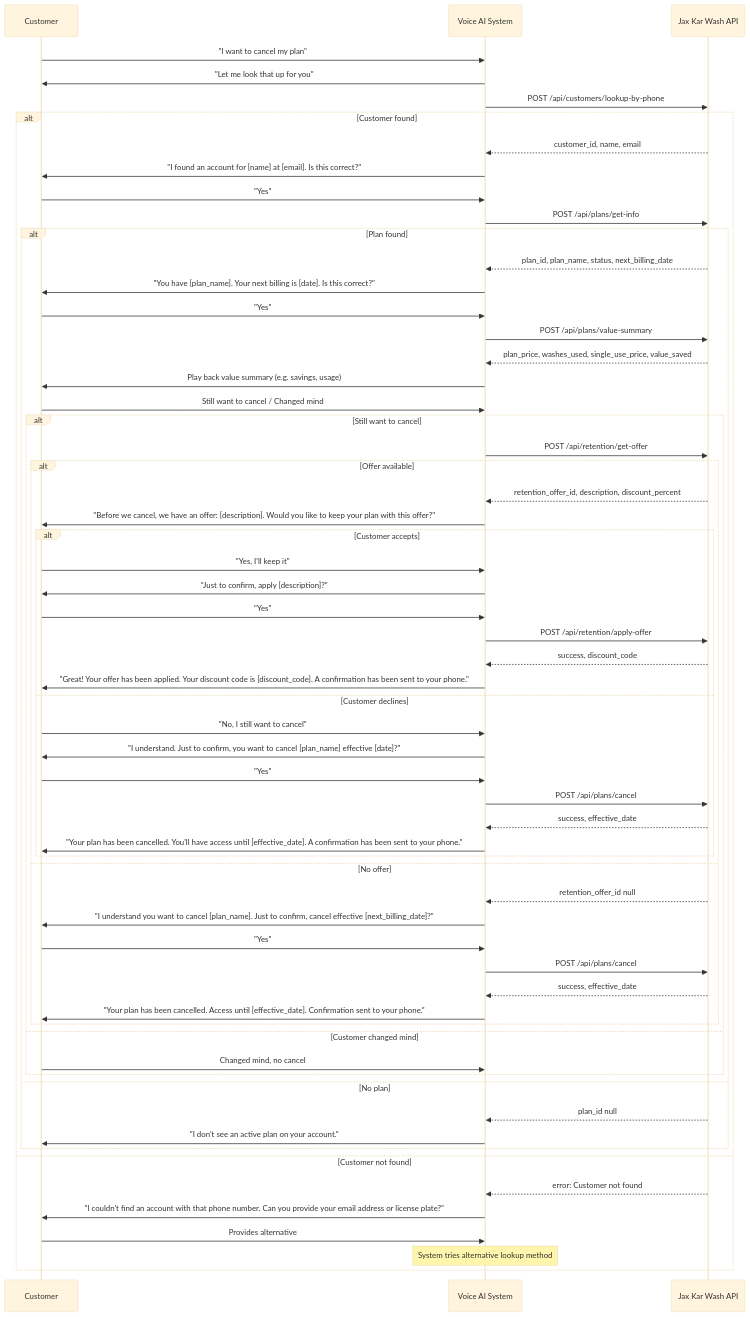
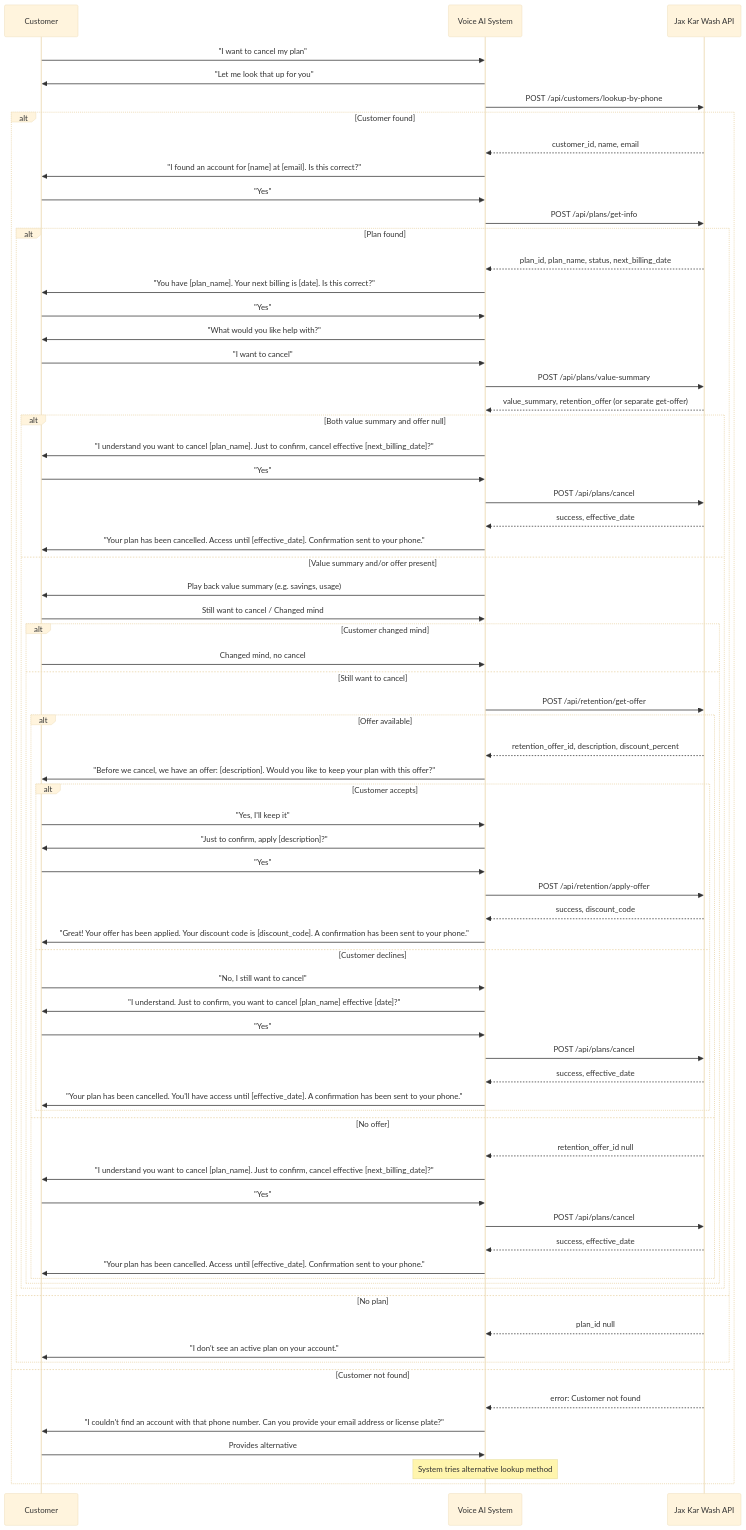
One commit to HelloWash/Public changed the seventh of 11 diagrams in Jax-Kar-Wash-API-Integration–Discussion-Document.md. Above: the diagram before and after it, drawn with Mermaid (base theme). The commit also changed other lines of this file, not shown here.

First line of the commit message:
Refine cancellation flow with value summary and offers

````diff
--- a/Jax-Kar-Wash-API-Integration–Discussion-Document.md
+++ b/Jax-Kar-Wash-API-Integration–Discussion-Document.md
@@ -796,64 +866,74 @@
 ```mermaid
 sequenceDiagram
     participant Customer
     participant System as Voice AI System
     participant API as Jax Kar Wash API
 
     Customer->>System: "I want to cancel my plan"
     System->>Customer: "Let me look that up for you"
     System->>API: POST /api/customers/lookup-by-phone
     alt Customer found
         API-->>System: customer_id, name, email
         System->>Customer: "I found an account for [name] at [email]. Is this correct?"
         Customer->>System: "Yes"
         System->>API: POST /api/plans/get-info
         alt Plan found
             API-->>System: plan_id, plan_name, status, next_billing_date
             System->>Customer: "You have [plan_name]. Your next billing is [date]. Is this correct?"
             Customer->>System: "Yes"
+            System->>Customer: "What would you like help with?"
+            Customer->>System: "I want to cancel"
             System->>API: POST /api/plans/value-summary
-            API-->>System: plan_price, washes_used, single_use_price, value_saved
-            System->>Customer: Play back value summary (e.g. savings, usage)
-            Customer->>System: Still want to cancel / Changed mind
-            alt Still want to cancel
-            System->>API: POST /api/retention/get-offer
-            alt Offer available
-                API-->>System: retention_offer_id, description, discount_percent
-                System->>Customer: "Before we cancel, we have an offer: [description]. Would you like to keep your plan with this offer?"
-                alt Customer accepts
-                    Customer->>System: "Yes, I'll keep it"
-                    System->>Customer: "Just to confirm, apply [description]?"
-                    Customer->>System: "Yes"
-                    System->>API: POST /api/retention/apply-offer
-                    API-->>System: success, discount_code
-                    System->>Customer: "Great! Your offer has been applied. Your discount code is [discount_code]. A confirmation has been sent to your phone."
-                else Customer declines
-                    Customer->>System: "No, I still want to cancel"
-                    System->>Customer: "I understand. Just to confirm, you want to cancel [plan_name] effective [date]?"
-                    Customer->>System: "Yes"
-                    System->>API: POST /api/plans/cancel
-                    API-->>System: success, effective_date
-                    System->>Customer: "Your plan has been cancelled. You'll have access until [effective_date]. A confirmation has been sent to your phone."
-                end
-            else No offer
-                API-->>System: retention_offer_id null
+            API-->>System: value_summary, retention_offer (or separate get-offer)
+            alt Both value summary and offer null
                 System->>Customer: "I understand you want to cancel [plan_name]. Just to confirm, cancel effective [next_billing_date]?"
                 Customer->>System: "Yes"
                 System->>API: POST /api/plans/cancel
                 API-->>System: success, effective_date
                 System->>Customer: "Your plan has been cancelled. Access until [effective_date]. Confirmation sent to your phone."
-            end
-            else Customer changed mind
-                Customer->>System: Changed mind, no cancel
+            else Value summary and/or offer present
+                System->>Customer: Play back value summary (e.g. savings, usage)
+                Customer->>System: Still want to cancel / Changed mind
+                alt Customer changed mind
+                    Customer->>System: Changed mind, no cancel
+                else Still want to cancel
+                    System->>API: POST /api/retention/get-offer
+                    alt Offer available
+                        API-->>System: retention_offer_id, description, discount_percent
+                        System->>Customer: "Before we cancel, we have an offer: [description]. Would you like to keep your plan with this offer?"
+                        alt Customer accepts
+                            Customer->>System: "Yes, I'll keep it"
+                            System->>Customer: "Just to confirm, apply [description]?"
+                            Customer->>System: "Yes"
+                            System->>API: POST /api/retention/apply-offer
+                            API-->>System: success, discount_code
+                            System->>Customer: "Great! Your offer has been applied. Your discount code is [discount_code]. A confirmation has been sent to your phone."
+                        else Customer declines
+                            Customer->>System: "No, I still want to cancel"
+                            System->>Customer: "I understand. Just to confirm, you want to cancel [plan_name] effective [date]?"
+                            Customer->>System: "Yes"
+                            System->>API: POST /api/plans/cancel
+                            API-->>System: success, effective_date
+                            System->>Customer: "Your plan has been cancelled. You'll have access until [effective_date]. A confirmation has been sent to your phone."
+                        end
+                    else No offer
+                        API-->>System: retention_offer_id null
+                        System->>Customer: "I understand you want to cancel [plan_name]. Just to confirm, cancel effective [next_billing_date]?"
+                        Customer->>System: "Yes"
+                        System->>API: POST /api/plans/cancel
+                        API-->>System: success, effective_date
+                        System->>Customer: "Your plan has been cancelled. Access until [effective_date]. Confirmation sent to your phone."
+                    end
+                end
             end
         else No plan
             API-->>System: plan_id null
             System->>Customer: "I don't see an active plan on your account."
         end
     else Customer not found
         API-->>System: error: Customer not found
         System->>Customer: "I couldn't find an account with that phone number. Can you provide your email address or license plate?"
         Customer->>System: Provides alternative
         Note over System: System tries alternative lookup method
     end
 ```
````
